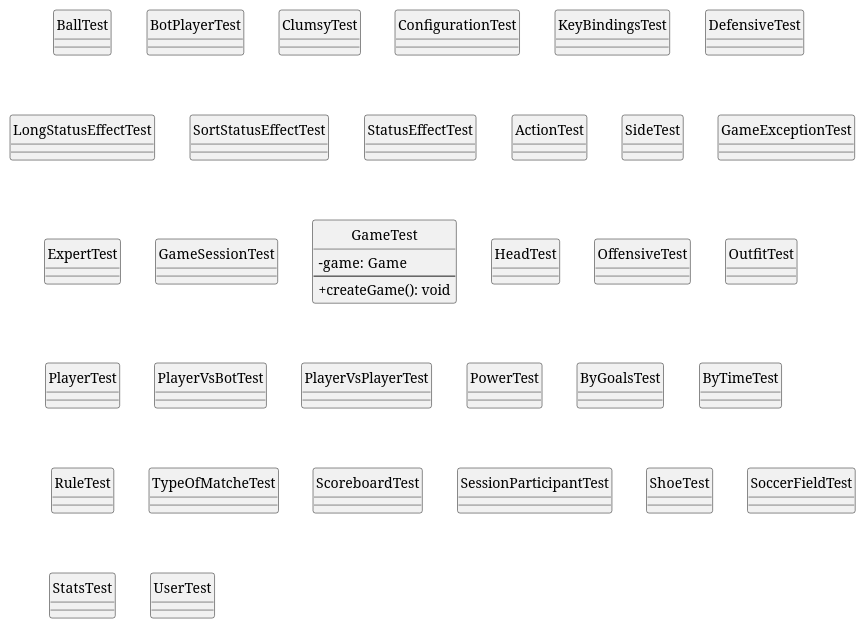
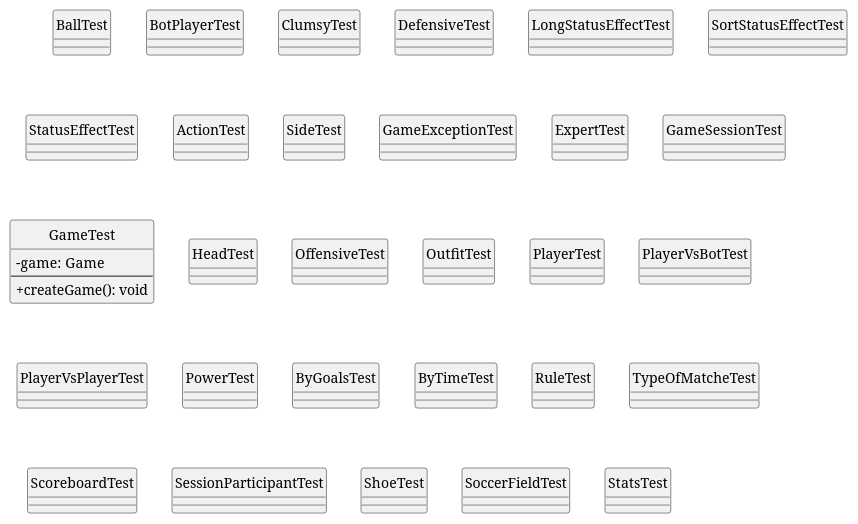
The diagram in output/domain.puml (PaglkG/ProyectoFinal-Dopo), drawn with PlantUML before and after one commit. The commit also changed other lines of this file and 23 other files, not shown here.

Commit message:
eliminando configuracion y vestaurio, agragando paquete de hitbox (diagramado)

```diff
--- a/output/domain.puml
+++ b/output/domain.puml
@@ -6,104 +6,95 @@
 @startuml
 skinparam classAttributeIconSize 0
 hide circle
 
 class BallTest {
 }
 
 class BotPlayerTest {
 }
 
 class ClumsyTest {
-}
-
-class ConfigurationTest {
-}
-
-class KeyBindingsTest {
 }
 
 class DefensiveTest {
 }
 
 class LongStatusEffectTest {
 }
 
 class SortStatusEffectTest {
 }
 
 class StatusEffectTest {
 }
 
 class ActionTest {
 }
 
 class SideTest {
 }
 
 class GameExceptionTest {
 }
 
 class ExpertTest {
 }
 
 class GameSessionTest {
 }
 
 class GameTest {
   -game: Game
   --
   +createGame(): void
 }
 
 class HeadTest {
 }
 
 class OffensiveTest {
 }
 
 class OutfitTest {
 }
 
 class PlayerTest {
 }
 
 class PlayerVsBotTest {
 }
 
 class PlayerVsPlayerTest {
 }
 
 class PowerTest {
 }
 
 class ByGoalsTest {
 }
 
 class ByTimeTest {
 }
 
 class RuleTest {
 }
 
 class TypeOfMatcheTest {
 }
 
 class ScoreboardTest {
 }
 
 class SessionParticipantTest {
 }
 
 class ShoeTest {
 }
 
 class SoccerFieldTest {
 }
 
 class StatsTest {
 }
 
-class UserTest {
-}
-
 @enduml
```
